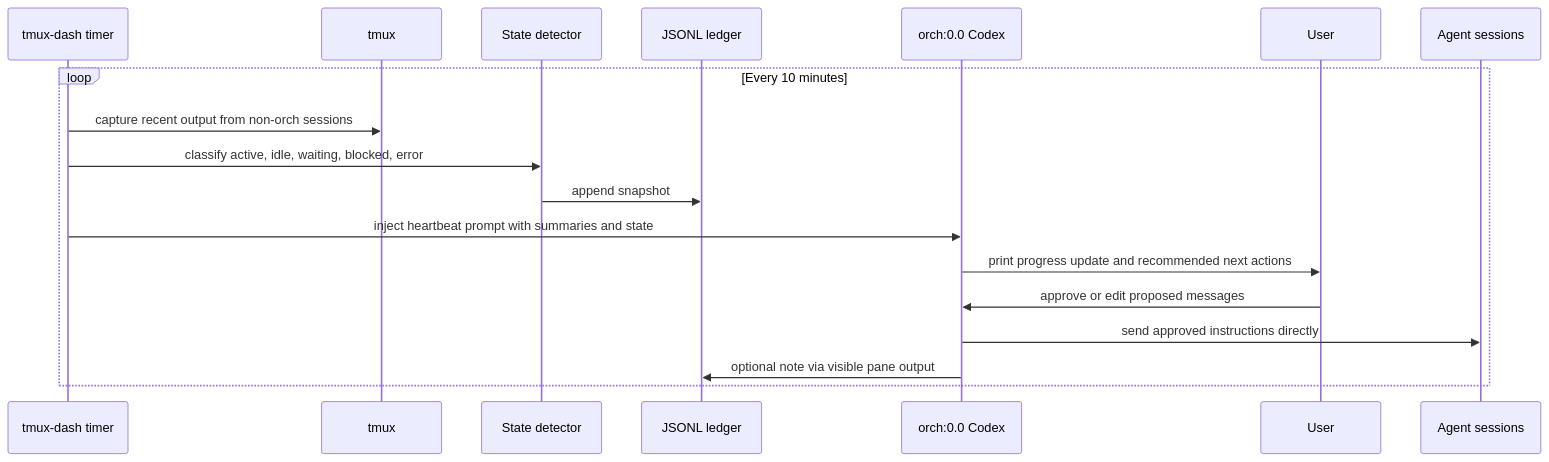
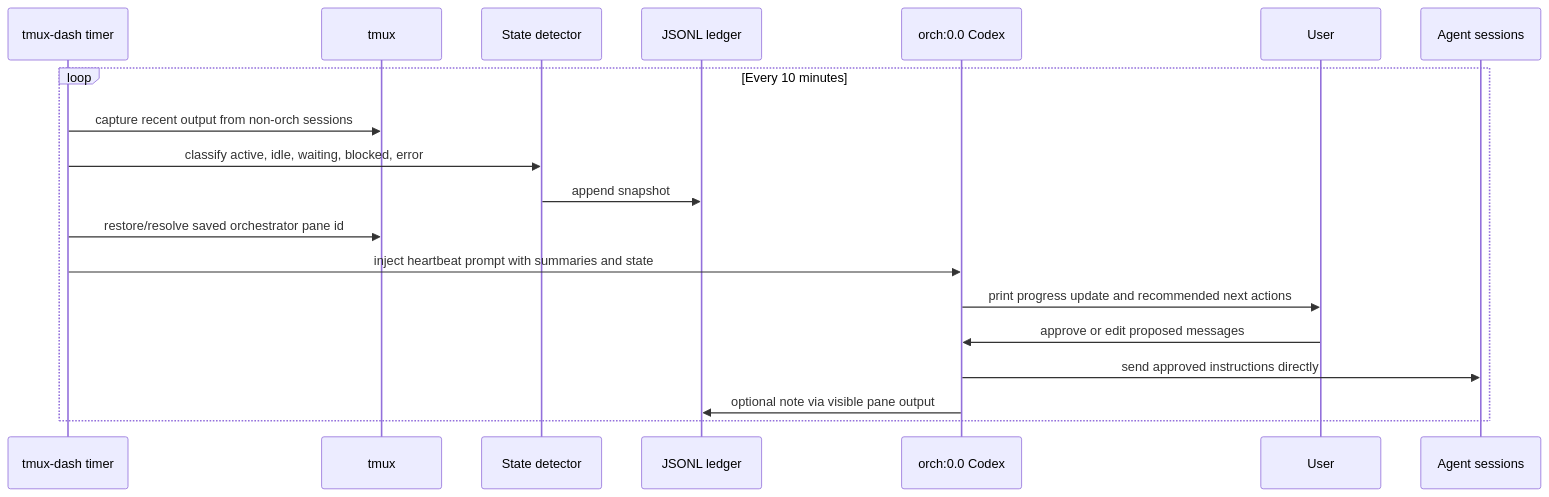
One commit to sethkarten/tmux-dash changed the second of 2 diagrams in docs/system.md. Above: the diagram before and after it, drawn with Mermaid. The commit also changed other lines of this file and 3 other files, not shown here.

Commit message:
Send heartbeats to resolved orchestrator pane

````diff
--- a/docs/system.md
+++ b/docs/system.md
@@ -64,21 +64,22 @@
 ```mermaid
 sequenceDiagram
     participant Timer as tmux-dash timer
     participant Tmux as tmux
     participant Detector as State detector
     participant Ledger as JSONL ledger
     participant Orch as orch:0.0 Codex
     participant User
     participant Agents as Agent sessions
 
     loop Every 10 minutes
         Timer->>Tmux: capture recent output from non-orch sessions
         Timer->>Detector: classify active, idle, waiting, blocked, error
         Detector->>Ledger: append snapshot
+        Timer->>Tmux: restore/resolve saved orchestrator pane id
         Timer->>Orch: inject heartbeat prompt with summaries and state
         Orch->>User: print progress update and recommended next actions
         User->>Orch: approve or edit proposed messages
         Orch->>Agents: send approved instructions directly
         Orch->>Ledger: optional note via visible pane output
     end
 ```
````
